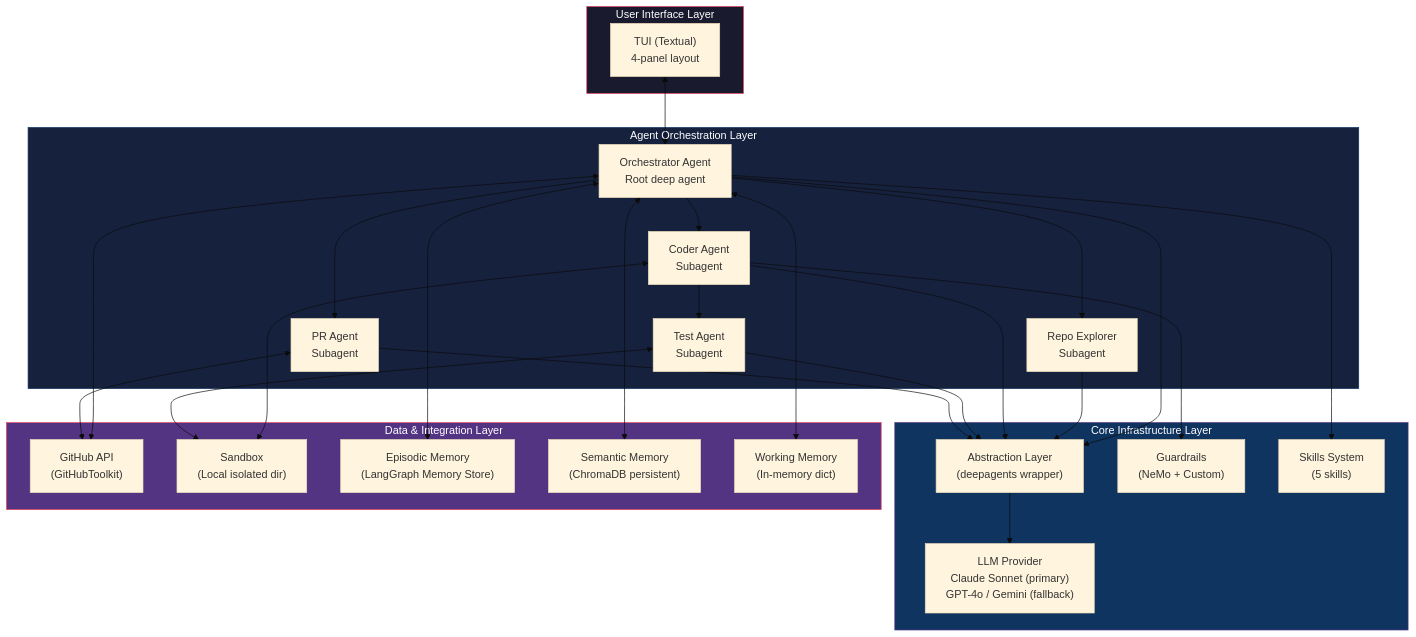
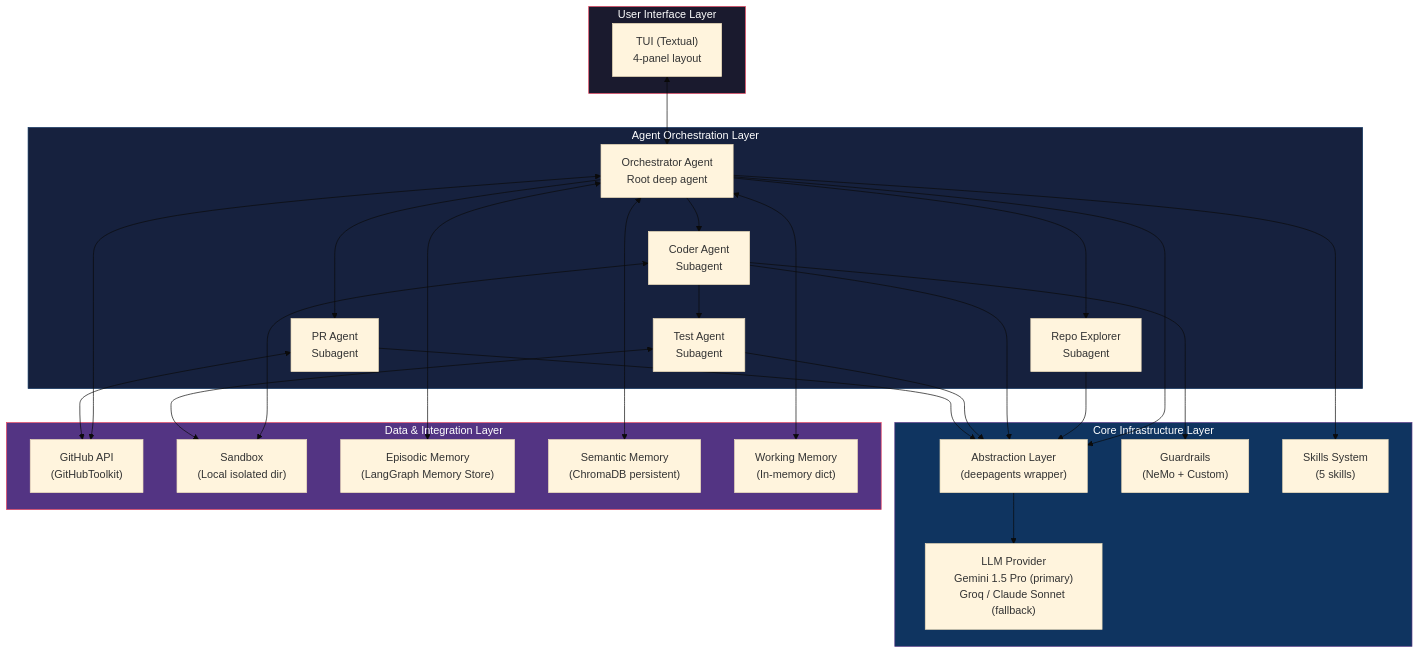
The first of 16 diagrams in docs/architecture.md (saurabhkaushik120692/codepilot-agent), drawn with Mermaid (base theme) before and after one commit. The commit also changed other lines of this file and 14 other files, not shown here.

````diff
--- a/docs/architecture.md
+++ b/docs/architecture.md
@@ -78,55 +78,55 @@
 ```mermaid
 graph TD
     subgraph User_Layer["User Interface Layer"]
         TUI["TUI (Textual)<br/>4-panel layout"]
     end
 
     subgraph Agent_Layer["Agent Orchestration Layer"]
         ORC["Orchestrator Agent<br/>Root deep agent"]
         RE["Repo Explorer<br/>Subagent"]
         COD["Coder Agent<br/>Subagent"]
         TST["Test Agent<br/>Subagent"]
         PRA["PR Agent<br/>Subagent"]
     end
 
     subgraph Core_Layer["Core Infrastructure Layer"]
         ABS["Abstraction Layer<br/>(deepagents wrapper)"]
-        LLM["LLM Provider<br/>Claude Sonnet (primary)<br/>GPT-4o / Gemini (fallback)"]
+        LLM["LLM Provider<br/>Gemini 1.5 Pro (primary)<br/>Groq / Claude Sonnet (fallback)"]
         GR["Guardrails<br/>(NeMo + Custom)"]
         SKL["Skills System<br/>(5 skills)"]
     end
 
     subgraph Data_Layer["Data & Integration Layer"]
         GH["GitHub API<br/>(GitHubToolkit)"]
         SB["Sandbox<br/>(Local isolated dir)"]
         MEM_E["Episodic Memory<br/>(LangGraph Memory Store)"]
         MEM_S["Semantic Memory<br/>(ChromaDB persistent)"]
         MEM_W["Working Memory<br/>(In-memory dict)"]
     end
 
     TUI <--> ORC
     ORC --> RE
     ORC --> COD
     COD --> TST
     ORC --> PRA
     ORC <--> GH
     PRA <--> GH
     COD <--> SB
     TST <--> SB
     ORC <--> MEM_E
     ORC <--> MEM_S
     ORC <--> MEM_W
     ORC --> SKL
     COD --> GR
     ORC --> ABS
     RE --> ABS
     COD --> ABS
     TST --> ABS
     PRA --> ABS
     ABS --> LLM
 
     style User_Layer fill:#1a1a2e,stroke:#e94560,color:#fff
     style Agent_Layer fill:#16213e,stroke:#0f3460,color:#fff
     style Core_Layer fill:#0f3460,stroke:#533483,color:#fff
     style Data_Layer fill:#533483,stroke:#e94560,color:#fff
 ```
````
